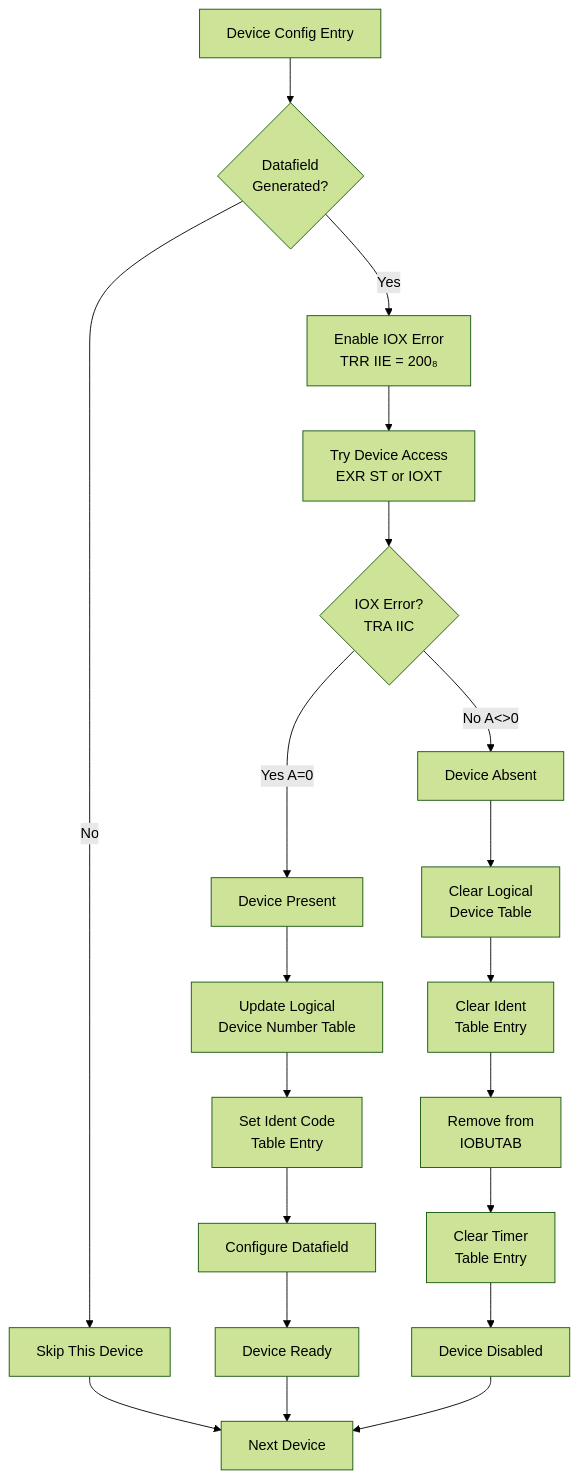
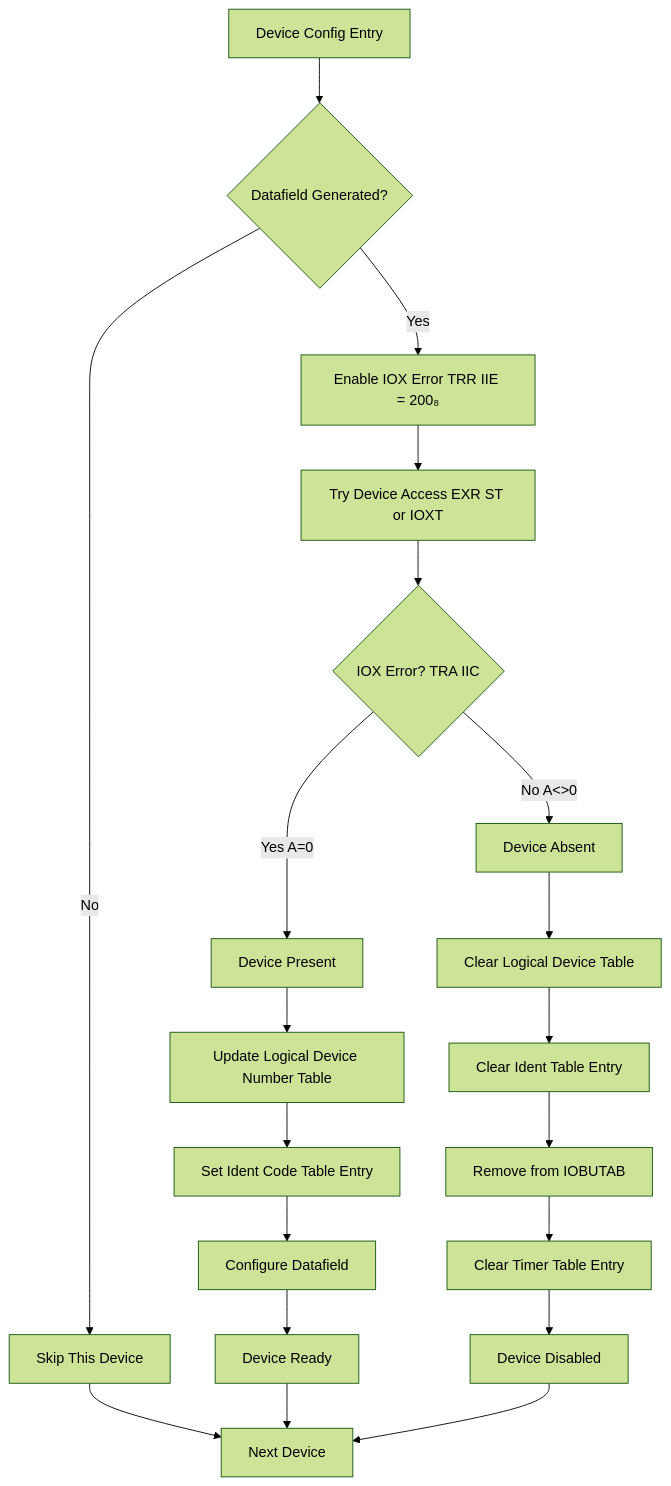
The fifth of 5 diagrams in SINTRAN/OS/01-BOOT-SEQUENCE.md (HackerCorpLabs/NDInsight), drawn with Mermaid (forest theme) before and after one commit. The commit also changed other lines of this file and 19 other files, not shown here.

Commit message:
Updated Mermaid diagrams

````diff
--- a/SINTRAN/OS/01-BOOT-SEQUENCE.md
+++ b/SINTRAN/OS/01-BOOT-SEQUENCE.md
@@ -1004,27 +1004,27 @@
 ```mermaid
 flowchart TD
-    START[Device Config Entry] --> CHECK{Datafield<br/>Generated?}
+    START[Device Config Entry] --> CHECK{Datafield Generated?}
     CHECK -->|No| SKIP[Skip This Device]
-    CHECK -->|Yes| ENABLE[Enable IOX Error<br/>TRR IIE = 200₈]
-    
-    ENABLE --> TEST[Try Device Access<br/>EXR ST or IOXT]
-    TEST --> CHECKERR{IOX Error?<br/>TRA IIC}
-    
+    CHECK -->|Yes| ENABLE[Enable IOX Error TRR IIE = 200₈]
+
+    ENABLE --> TEST[Try Device Access EXR ST or IOXT]
+    TEST --> CHECKERR{IOX Error? TRA IIC}
+
     CHECKERR -->|Yes A=0| PRESENT[Device Present]
     CHECKERR -->|No A<>0| ABSENT[Device Absent]
-    
-    PRESENT --> CFG1[Update Logical<br/>Device Number Table]
-    CFG1 --> CFG2[Set Ident Code<br/>Table Entry]
+
+    PRESENT --> CFG1[Update Logical Device Number Table]
+    CFG1 --> CFG2[Set Ident Code Table Entry]
     CFG2 --> CFG3[Configure Datafield]
     CFG3 --> DONE[Device Ready]
-    
-    ABSENT --> CLR1[Clear Logical<br/>Device Table]
-    CLR1 --> CLR2[Clear Ident<br/>Table Entry]
-    CLR2 --> CLR3[Remove from<br/>IOBUTAB]
-    CLR3 --> CLR4[Clear Timer<br/>Table Entry]
+
+    ABSENT --> CLR1[Clear Logical Device Table]
+    CLR1 --> CLR2[Clear Ident Table Entry]
+    CLR2 --> CLR3[Remove from IOBUTAB]
+    CLR3 --> CLR4[Clear Timer Table Entry]
     CLR4 --> SKIP2[Device Disabled]
     
     DONE --> NEXT[Next Device]
     SKIP --> NEXT
     SKIP2 --> NEXT
 ```
````
